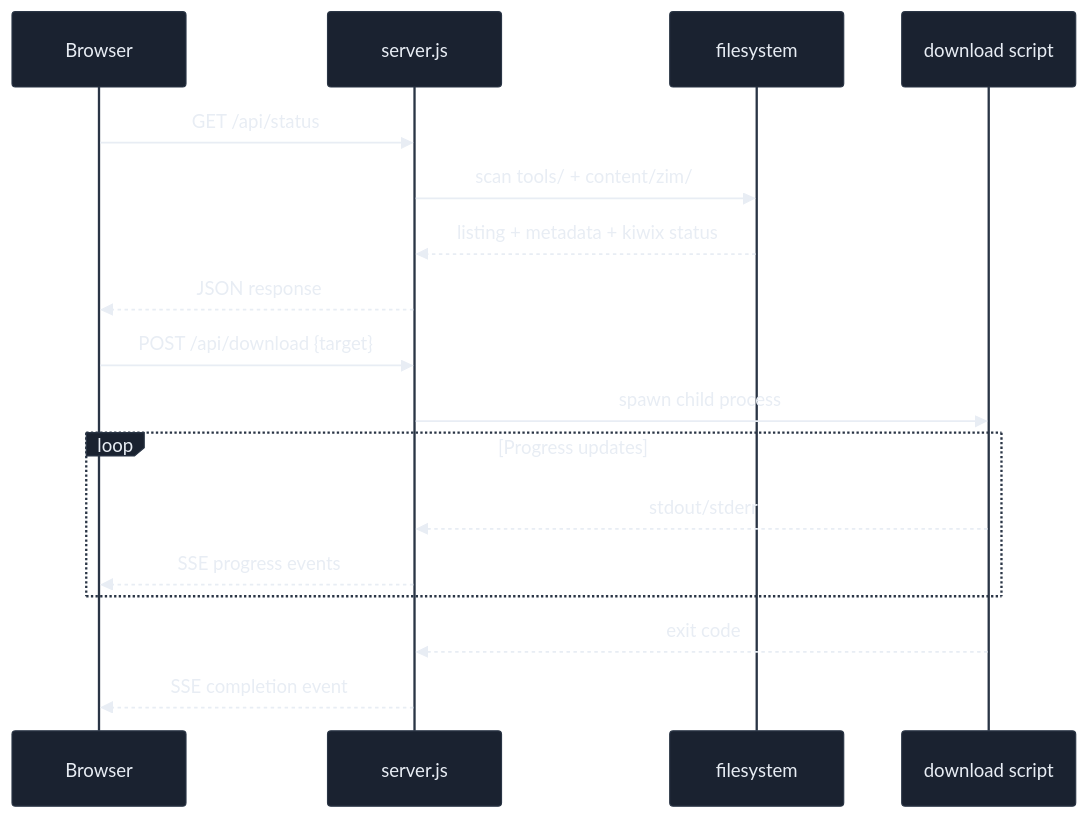
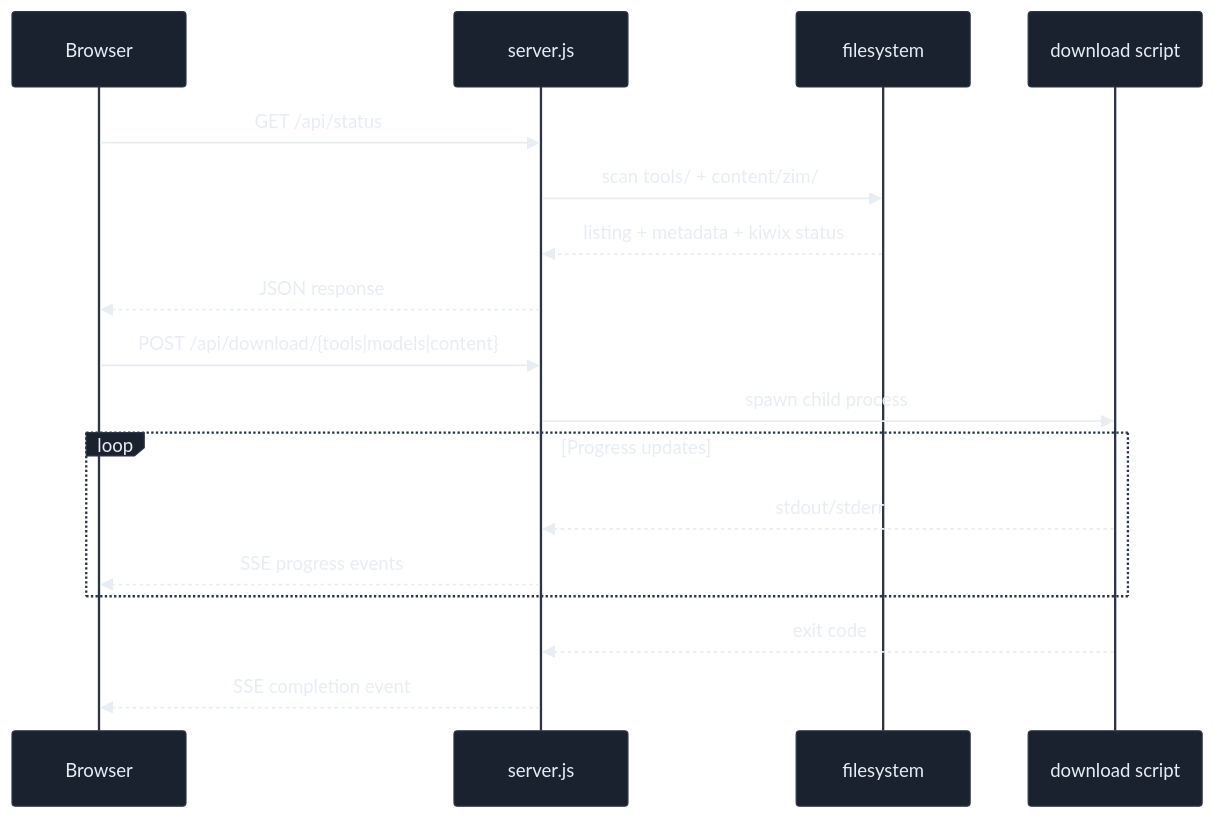
One commit to mvalancy/val-ark changed the fifth of 6 diagrams in docs/ARCHITECTURE.md. Above: the diagram before and after it, drawn with Mermaid. The commit also changed other lines of this file and 34 other files, not shown here.

````diff
--- a/docs/ARCHITECTURE.md
+++ b/docs/ARCHITECTURE.md
@@ -274,29 +288,29 @@
 ```mermaid
 %%{init: {'theme': 'base', 'themeVariables': {
   'primaryColor': '#1a2230',
   'primaryBorderColor': '#2a3545',
   'primaryTextColor': '#e8edf4',
   'lineColor': '#4da6ff',
   'secondaryColor': '#131921',
   'tertiaryColor': '#0a0e14'
 }}}%%
 sequenceDiagram
     participant Browser
     participant server.js
     participant filesystem
     participant download script
 
     Browser->>server.js: GET /api/status
     server.js->>filesystem: scan tools/ + content/zim/
     filesystem-->>server.js: listing + metadata + kiwix status
     server.js-->>Browser: JSON response
 
-    Browser->>server.js: POST /api/download {target}
+    Browser->>server.js: POST /api/download/{tools|models|content}
     server.js->>download script: spawn child process
     loop Progress updates
         download script-->>server.js: stdout/stderr
         server.js-->>Browser: SSE progress events
     end
     download script-->>server.js: exit code
     server.js-->>Browser: SSE completion event
 ```
````
